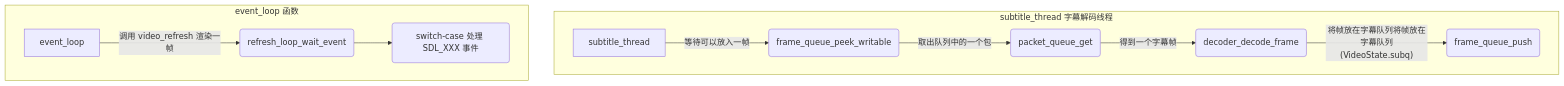
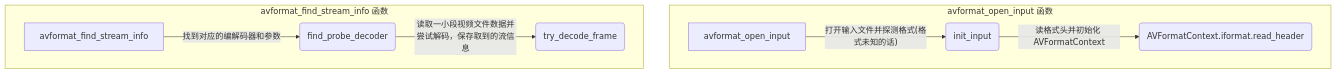
The second of 2 diagrams in ffmepg/ffplay.md (xueqing/MyNote), drawn with Mermaid before and after one commit.

````diff
--- a/ffmepg/ffplay.md
+++ b/ffmepg/ffplay.md
@@ -89,14 +89,12 @@
 ```mermaid
 graph TD
-subgraph "subtitle_thread 字幕解码线程"
-    subtitle_thread --> |"等待可以放入一帧"| A10(frame_queue_peek_writable)
-    A10 --> |"取出队列中的一个包"| B10(packet_queue_get)
-    B10 --> |"得到一个字幕帧"| C10(decoder_decode_frame)
-    C10 --> |"将帧放在字幕队列将帧放在字幕队列(VideoState.subq)"| D10(frame_queue_push)
+subgraph "avformat_open_input 函数"
+    avformat_open_input --> |"打开输入文件并探测格式(格式未知的话)"| A4(init_input)
+    A4 --> |"读格式头并初始化 AVFormatContext"| B4(AVFormatContext.iformat.read_header)
 end
 
-subgraph "event_loop 函数"
-    event_loop --> |"调用 video_refresh 渲染一帧"| A11(refresh_loop_wait_event)
-    A11 --> B11("switch-case 处理 SDL_XXX 事件")
+subgraph "avformat_find_stream_info 函数"
+    avformat_find_stream_info --> |"找到对应的编解码器和参数"| A5(find_probe_decoder)
+    A5 --> |"读取一小段视频文件数据并尝试解码，保存取到的流信息"| B5(try_decode_frame)
 end
 ```
````
